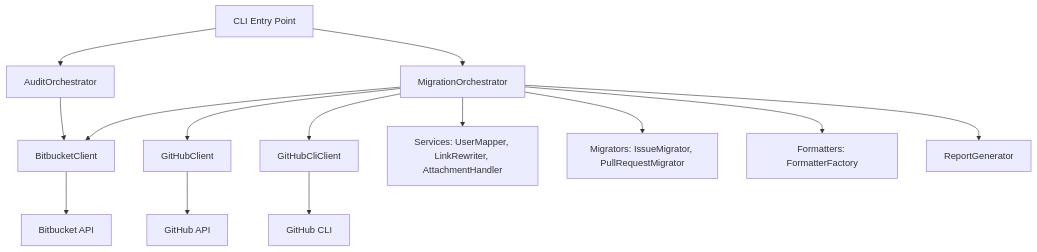
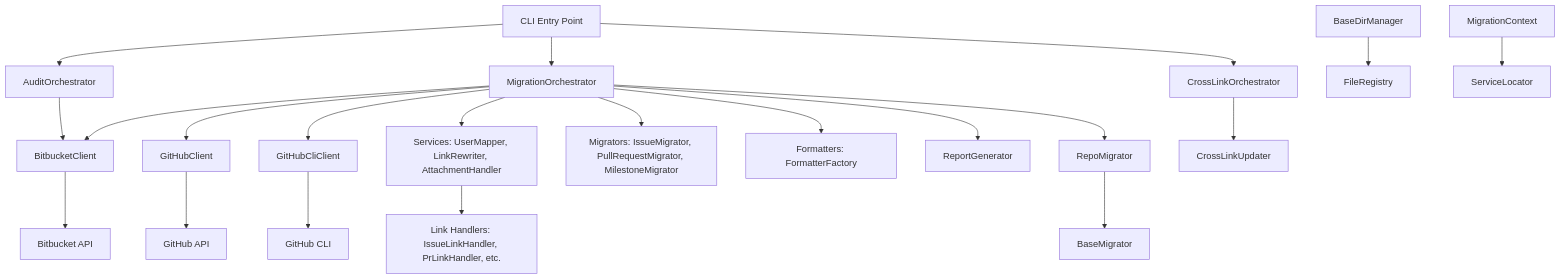
Before and after one commit to fkloosterman/bitbucket-migration: the diagram in docs/reference/architecture.md, drawn with Mermaid. The commit also changed other lines of this file and 57 other files, not shown here.

````diff
--- a/docs/reference/architecture.md
+++ b/docs/reference/architecture.md
@@ -24,16 +24,23 @@
 ```mermaid
 graph TD
-    A[CLI Entry Point] --> B[AuditOrchestrator]
-    A --> C[MigrationOrchestrator]
-    B --> D[BitbucketClient]
-    C --> D
-    C --> E[GitHubClient]
-    C --> F[GitHubCliClient]
-    C --> G[Services: UserMapper, LinkRewriter, AttachmentHandler]
-    C --> H[Migrators: IssueMigrator, PullRequestMigrator]
-    C --> I[Formatters: FormatterFactory]
-    C --> J[ReportGenerator]
-    D --> K[Bitbucket API]
-    E --> L[GitHub API]
-    F --> M[GitHub CLI]
+     A[CLI Entry Point] --> B[AuditOrchestrator]
+     A --> C[MigrationOrchestrator]
+     A --> N[CrossLinkOrchestrator]
+     B --> D[BitbucketClient]
+     C --> D
+     C --> E[GitHubClient]
+     C --> F[GitHubCliClient]
+     C --> G[Services: UserMapper, LinkRewriter, AttachmentHandler]
+     C --> H[Migrators: IssueMigrator, PullRequestMigrator, MilestoneMigrator]
+     C --> I[Formatters: FormatterFactory]
+     C --> J[ReportGenerator]
+     C --> O[RepoMigrator]
+     N --> P[CrossLinkUpdater]
+     O --> Q[BaseMigrator]
+     G --> R[Link Handlers: IssueLinkHandler, PrLinkHandler, etc.]
+     D --> K[Bitbucket API]
+     E --> L[GitHub API]
+     F --> M[GitHub CLI]
+     S[BaseDirManager] --> T[FileRegistry]
+     U[MigrationContext] --> V[ServiceLocator]
 ```
````
